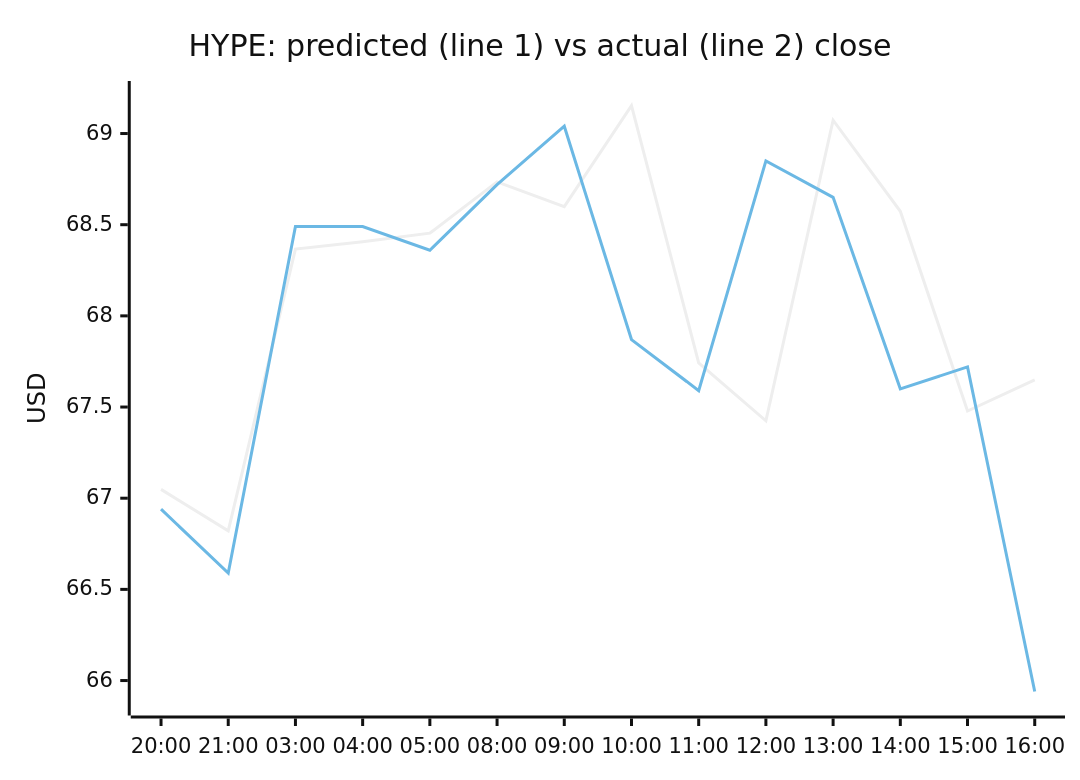
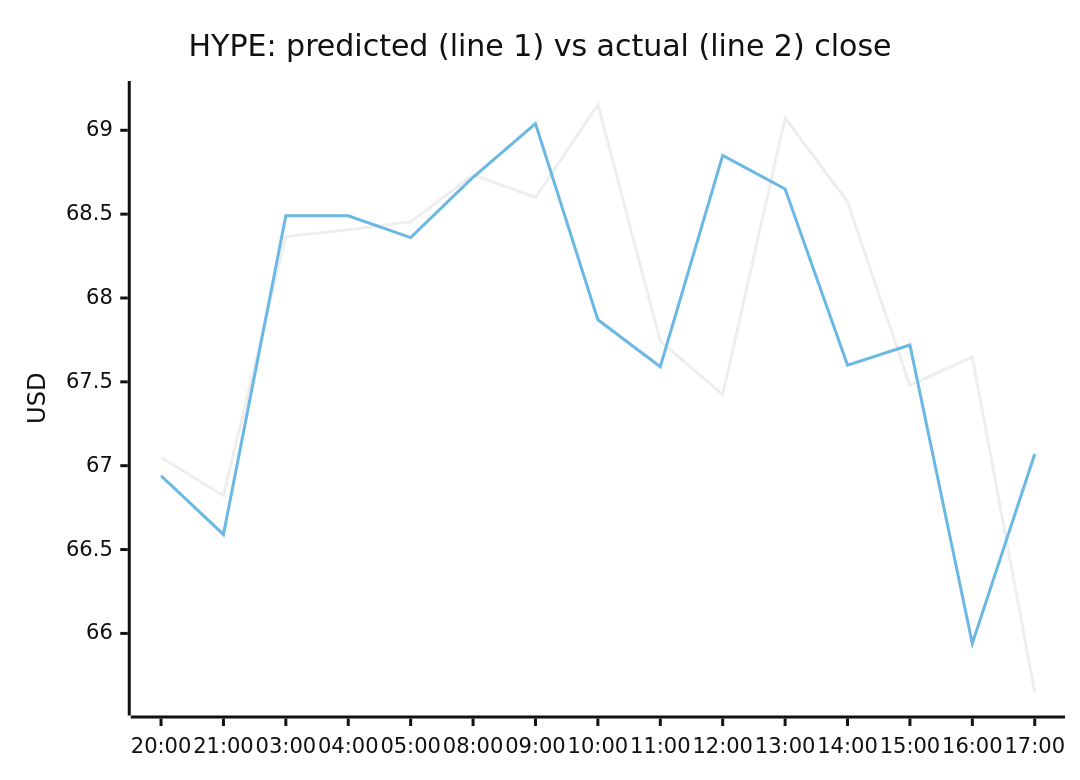
The fourth of 4 diagrams in README.md (samuelkreitl-wq/crypto-hourly-forecaster), drawn with Mermaid (neutral theme) before and after one commit. The commit also changed other lines of this file and 14 other files, not shown here.

````diff
--- a/README.md
+++ b/README.md
@@ -65,8 +65,8 @@
 ```mermaid
 xychart-beta
     title "HYPE: predicted (line 1) vs actual (line 2) close"
-    x-axis ["20:00", "21:00", "03:00", "04:00", "05:00", "08:00", "09:00", "10:00", "11:00", "12:00", "13:00", "14:00", "15:00", "16:00"]
-    y-axis "USD" 65.8741 --> 69.2223
-    line [67.0484, 66.8208, 68.3664, 68.4064, 68.4537, 68.7347, 68.5994, 69.1532, 67.7420, 67.4244, 69.0731, 68.5737, 67.4783, 67.6486]
-    line [66.9400, 66.5900, 68.4900, 68.4900, 68.3600, 68.7200, 69.0400, 67.8700, 67.5900, 68.8500, 68.6500, 67.6000, 67.7200, 65.9400]
+    x-axis ["20:00", "21:00", "03:00", "04:00", "05:00", "08:00", "09:00", "10:00", "11:00", "12:00", "13:00", "14:00", "15:00", "16:00", "17:00"]
+    y-axis "USD" 65.5821 --> 69.2223
+    line [67.0484, 66.8208, 68.3664, 68.4064, 68.4537, 68.7347, 68.5994, 69.1532, 67.7420, 67.4244, 69.0731, 68.5737, 67.4783, 67.6486, 65.6478]
+    line [66.9400, 66.5900, 68.4900, 68.4900, 68.3600, 68.7200, 69.0400, 67.8700, 67.5900, 68.8500, 68.6500, 67.6000, 67.7200, 65.9400, 67.0700]
 ```
````
